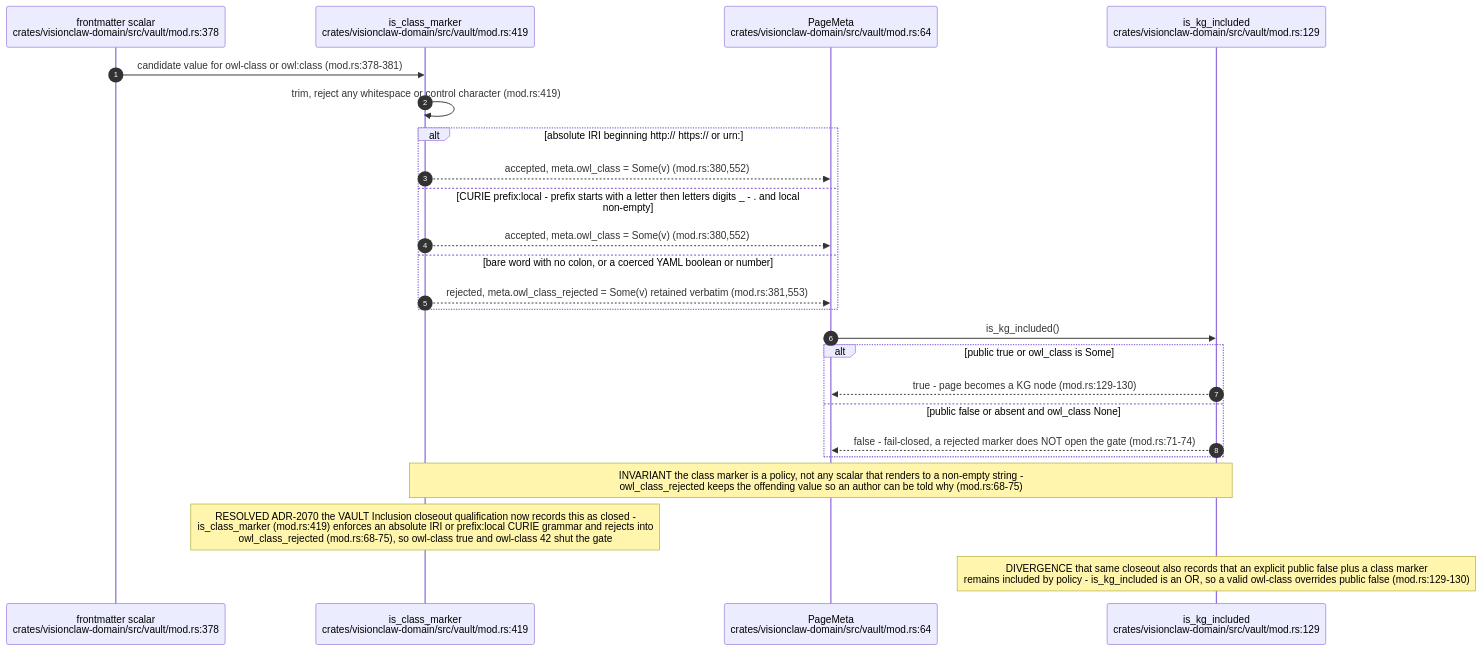
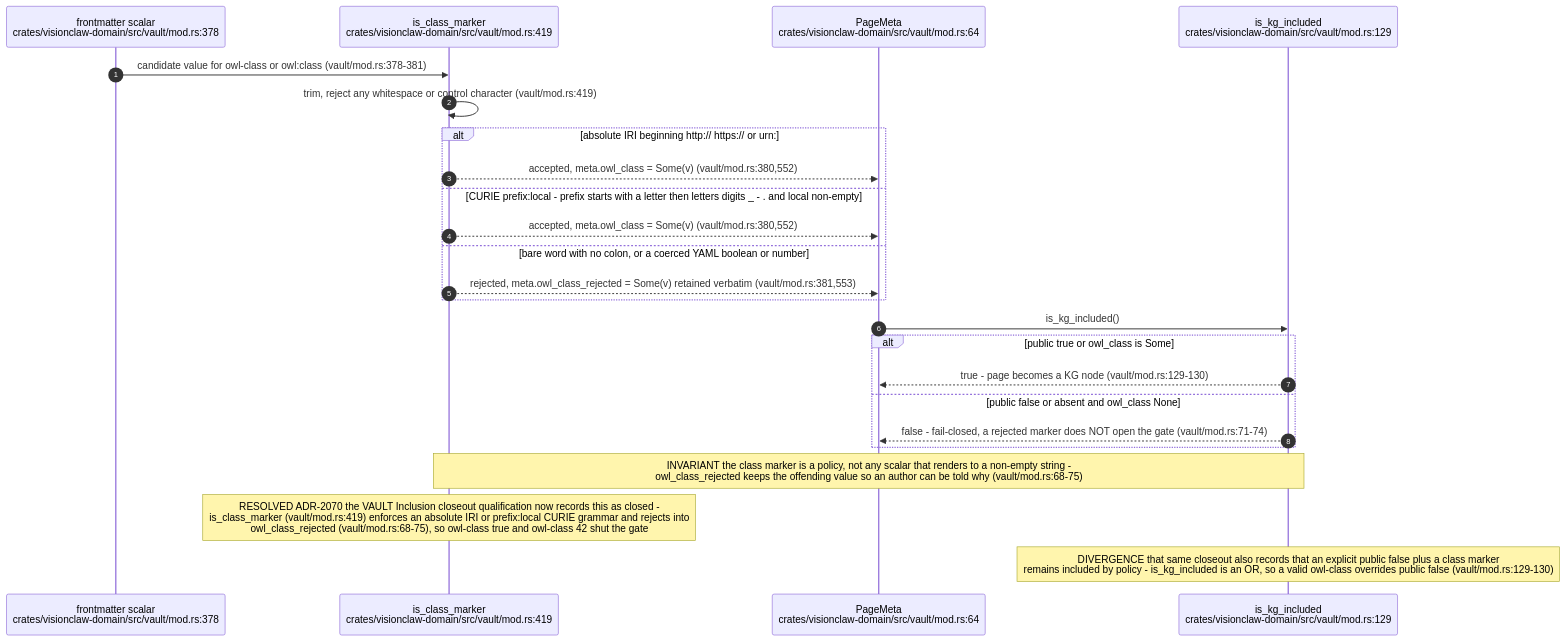
One commit to DreamLab-AI/VisionFlow changed diagram 12 of 12 in docs/diagrams/visionclaw/21-corpus-ingest-and-vault.md. Above: the diagram before and after it, drawn with Mermaid. The commit also changed other lines of this file and 185 other files, not shown here.

Commit message:
docs(estate): reconcile diagrams and ADRs with source and define closeout sprint

````diff
--- a/docs/diagrams/visionclaw/21-corpus-ingest-and-vault.md
+++ b/docs/diagrams/visionclaw/21-corpus-ingest-and-vault.md
@@ -486,26 +487,26 @@
 ```mermaid
 sequenceDiagram
     autonumber
     participant Y as frontmatter scalar<br/>crates/visionclaw-domain/src/vault/mod.rs:378
     participant CM as is_class_marker<br/>crates/visionclaw-domain/src/vault/mod.rs:419
     participant PM as PageMeta<br/>crates/visionclaw-domain/src/vault/mod.rs:64
     participant G as is_kg_included<br/>crates/visionclaw-domain/src/vault/mod.rs:129
-    Y->>CM: candidate value for owl-class or owl:class (mod.rs:378-381)
-    CM->>CM: trim, reject any whitespace or control character (mod.rs:419)
+    Y->>CM: candidate value for owl-class or owl:class (vault/mod.rs:378-381)
+    CM->>CM: trim, reject any whitespace or control character (vault/mod.rs:419)
     alt absolute IRI beginning http:// https:// or urn:
-        CM-->>PM: accepted, meta.owl_class = Some(v) (mod.rs:380,552)
+        CM-->>PM: accepted, meta.owl_class = Some(v) (vault/mod.rs:380,552)
     else CURIE prefix:local - prefix starts with a letter then letters digits _ - . and local non-empty
-        CM-->>PM: accepted, meta.owl_class = Some(v) (mod.rs:380,552)
+        CM-->>PM: accepted, meta.owl_class = Some(v) (vault/mod.rs:380,552)
     else bare word with no colon, or a coerced YAML boolean or number
-        CM-->>PM: rejected, meta.owl_class_rejected = Some(v) retained verbatim (mod.rs:381,553)
+        CM-->>PM: rejected, meta.owl_class_rejected = Some(v) retained verbatim (vault/mod.rs:381,553)
     end
     PM->>G: is_kg_included()
     alt public true or owl_class is Some
-        G-->>PM: true - page becomes a KG node (mod.rs:129-130)
+        G-->>PM: true - page becomes a KG node (vault/mod.rs:129-130)
     else public false or absent and owl_class None
-        G-->>PM: false - fail-closed, a rejected marker does NOT open the gate (mod.rs:71-74)
+        G-->>PM: false - fail-closed, a rejected marker does NOT open the gate (vault/mod.rs:71-74)
     end
-    Note over CM,G: INVARIANT the class marker is a policy, not any scalar that renders to a non-empty string -<br/>owl_class_rejected keeps the offending value so an author can be told why (mod.rs:68-75)
-    Note over CM: RESOLVED ADR-2070 the VAULT Inclusion closeout qualification now records this as closed -<br/>is_class_marker (mod.rs:419) enforces an absolute IRI or prefix:local CURIE grammar and rejects into<br/>owl_class_rejected (mod.rs:68-75), so owl-class true and owl-class 42 shut the gate
-    Note over G: DIVERGENCE that same closeout also records that an explicit public false plus a class marker<br/>remains included by policy - is_kg_included is an OR, so a valid owl-class overrides public false (mod.rs:129-130)
+    Note over CM,G: INVARIANT the class marker is a policy, not any scalar that renders to a non-empty string -<br/>owl_class_rejected keeps the offending value so an author can be told why (vault/mod.rs:68-75)
+    Note over CM: RESOLVED ADR-2070 the VAULT Inclusion closeout qualification now records this as closed -<br/>is_class_marker (vault/mod.rs:419) enforces an absolute IRI or prefix:local CURIE grammar and rejects into<br/>owl_class_rejected (vault/mod.rs:68-75), so owl-class true and owl-class 42 shut the gate
+    Note over G: DIVERGENCE that same closeout also records that an explicit public false plus a class marker<br/>remains included by policy - is_kg_included is an OR, so a valid owl-class overrides public false (vault/mod.rs:129-130)
 ```
````
